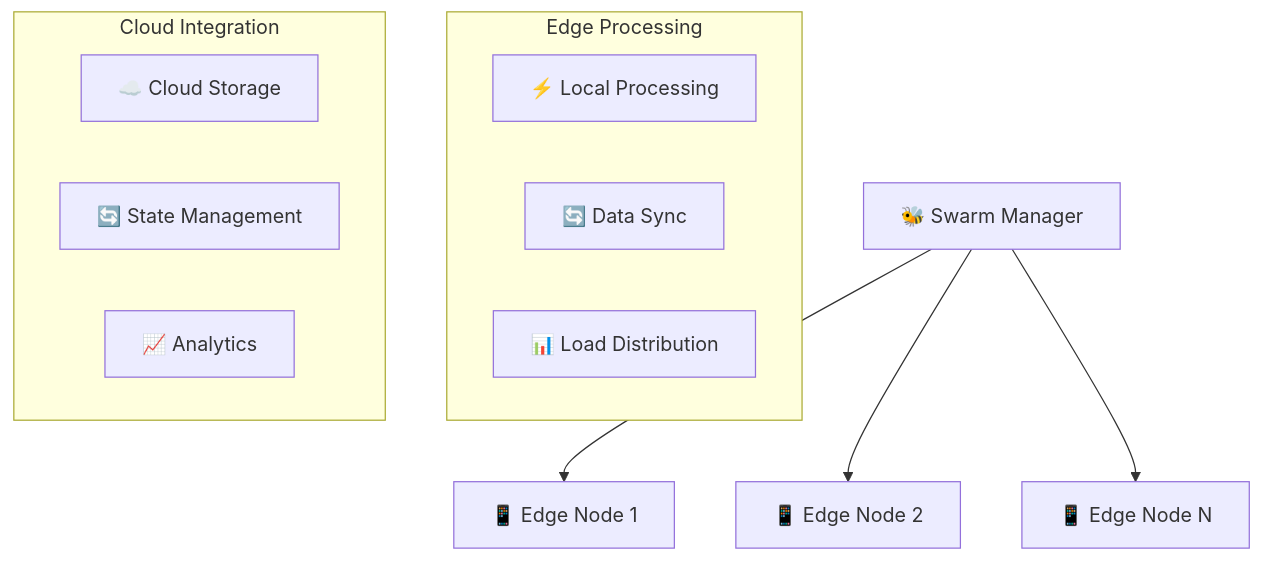
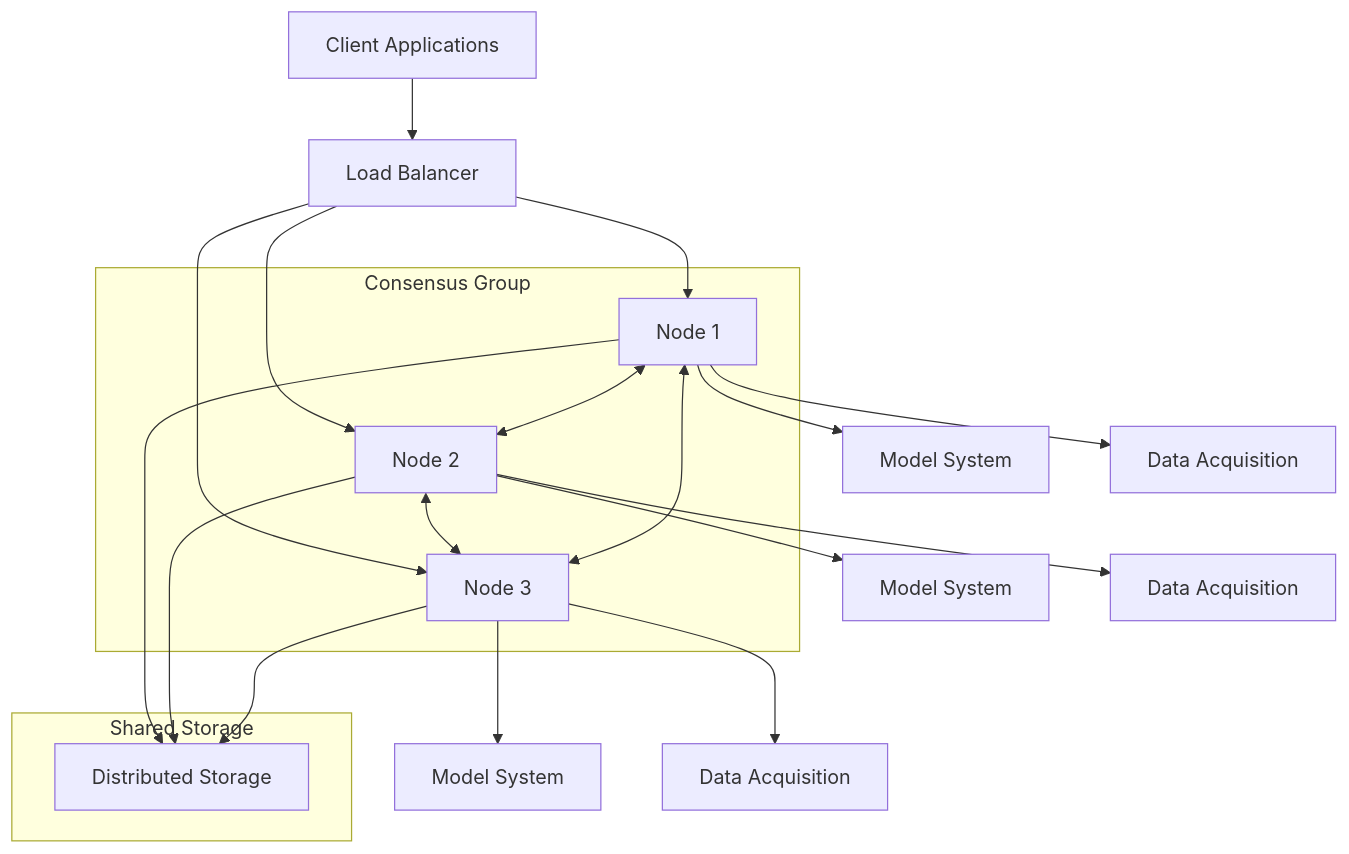
Before and after one commit to Vortx-AI/memories-dev: the second of 3 diagrams in deployments/README.md, drawn with Mermaid. The commit also changed other lines of this file and 6 other files, not shown here.

````diff
--- a/deployments/README.md
+++ b/deployments/README.md
@@ -73,18 +54,29 @@
 ```mermaid
 graph TD
-    A[🐝 Swarm Manager] --> B[📱 Edge Node 1]
-    A --> C[📱 Edge Node 2]
-    A --> D[📱 Edge Node N]
+    Client[Client Applications] --> LB[Load Balancer]
+    LB --> Node1[Node 1]
+    LB --> Node2[Node 2]
+    LB --> Node3[Node 3]
     
-    subgraph "Edge Processing"
-        E[⚡ Local Processing]
-        F[🔄 Data Sync]
-        G[📊 Load Distribution]
+    subgraph "Consensus Group"
+        Node1 <--> Node2
+        Node2 <--> Node3
+        Node3 <--> Node1
     end
     
-    subgraph "Cloud Integration"
-        H[☁️ Cloud Storage]
-        I[🔄 State Management]
-        J[📈 Analytics]
+    Node1 --> Models1[Model System]
+    Node2 --> Models2[Model System]
+    Node3 --> Models3[Model System]
+    
+    Node1 --> DataAcq1[Data Acquisition]
+    Node2 --> DataAcq2[Data Acquisition]
+    Node3 --> DataAcq3[Data Acquisition]
+    
+    subgraph "Shared Storage"
+        Storage[Distributed Storage]
     end
+    
+    Node1 --> Storage
+    Node2 --> Storage
+    Node3 --> Storage
 ```
````
